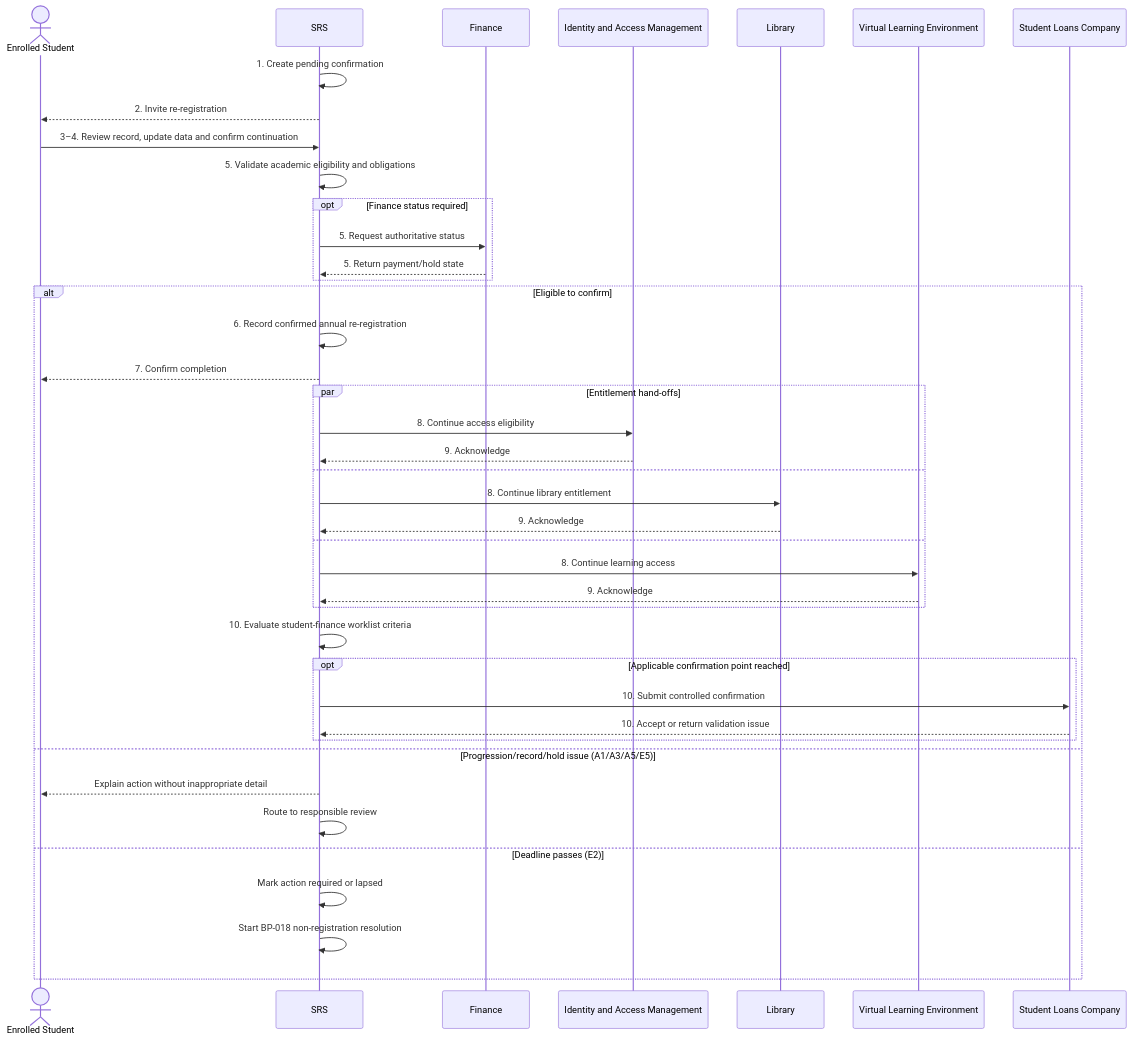
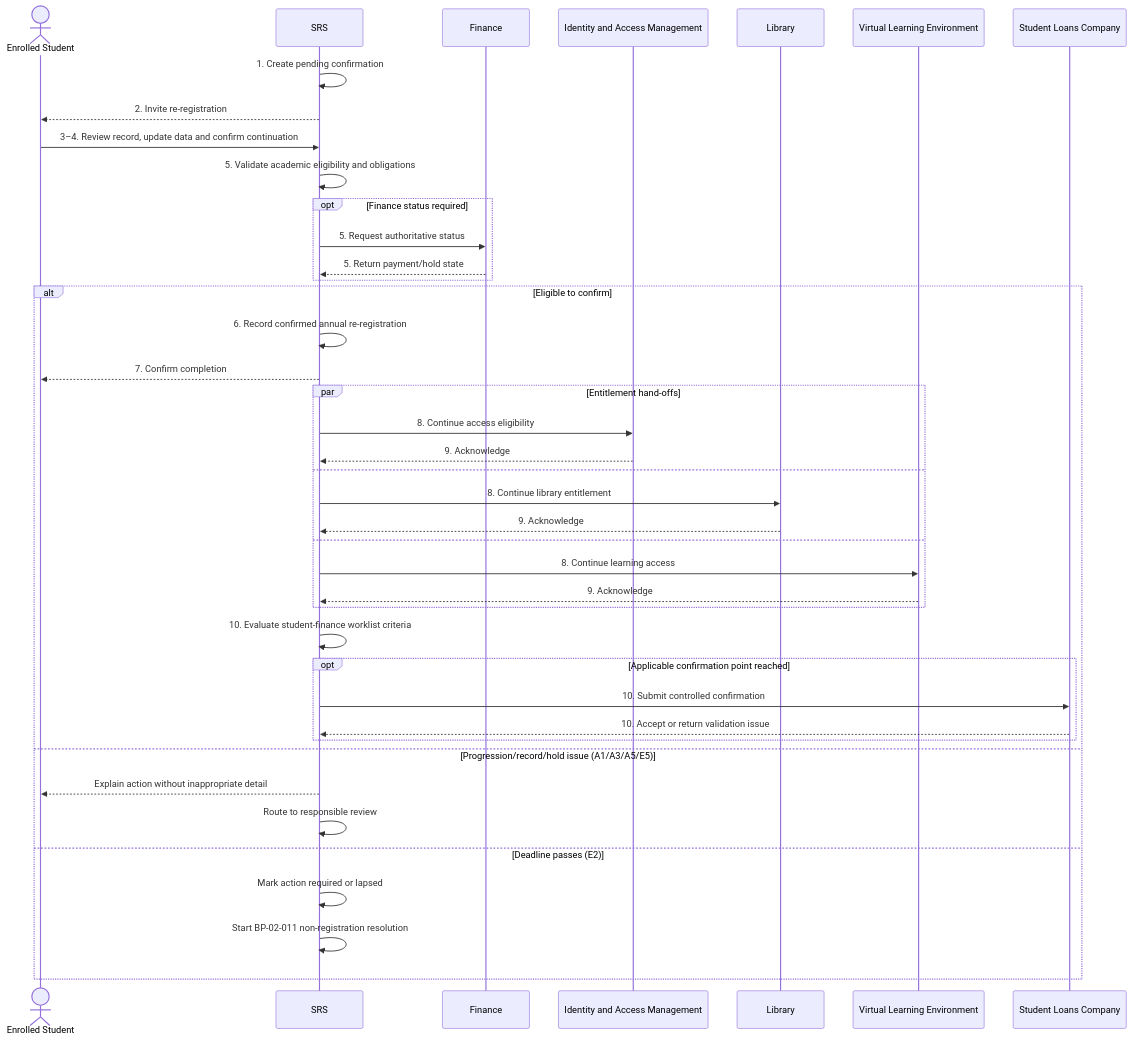
Before and after one commit to RevelationCore/Revelation-SRS: the diagram in docs/business-processes/02-registration-and-student-status/bp-02-010-complete-annual-re-registration.md, drawn with Mermaid. The commit also changed other lines of this file and 96 other files, not shown here.

````diff
--- a/docs/business-processes/02-registration-and-student-status/bp-02-010-complete-annual-re-registration.md
+++ b/docs/business-processes/02-registration-and-student-status/bp-02-010-complete-annual-re-registration.md
@@ -277,45 +277,45 @@
 ```mermaid
 sequenceDiagram
     actor Student as Enrolled Student
     participant SRS
     participant Finance
     participant IAM as Identity and Access Management
     participant Library
     participant VLE as Virtual Learning Environment
     participant SLC as Student Loans Company
 
     SRS->>SRS: 1. Create pending confirmation
     SRS-->>Student: 2. Invite re-registration
     Student->>SRS: 3–4. Review record, update data and confirm continuation
     SRS->>SRS: 5. Validate academic eligibility and obligations
     opt Finance status required
         SRS->>Finance: 5. Request authoritative status
         Finance-->>SRS: 5. Return payment/hold state
     end
 
     alt Eligible to confirm
         SRS->>SRS: 6. Record confirmed annual re-registration
         SRS-->>Student: 7. Confirm completion
         par Entitlement hand-offs
             SRS->>IAM: 8. Continue access eligibility
             IAM-->>SRS: 9. Acknowledge
         and
             SRS->>Library: 8. Continue library entitlement
             Library-->>SRS: 9. Acknowledge
         and
             SRS->>VLE: 8. Continue learning access
             VLE-->>SRS: 9. Acknowledge
         end
         SRS->>SRS: 10. Evaluate student-finance worklist criteria
         opt Applicable confirmation point reached
             SRS->>SLC: 10. Submit controlled confirmation
             SLC-->>SRS: 10. Accept or return validation issue
         end
     else Progression/record/hold issue (A1/A3/A5/E5)
         SRS-->>Student: Explain action without inappropriate detail
         SRS->>SRS: Route to responsible review
     else Deadline passes (E2)
         SRS->>SRS: Mark action required or lapsed
-        SRS->>SRS: Start BP-018 non-registration resolution
+        SRS->>SRS: Start BP-02-011 non-registration resolution
     end
 ```
````
